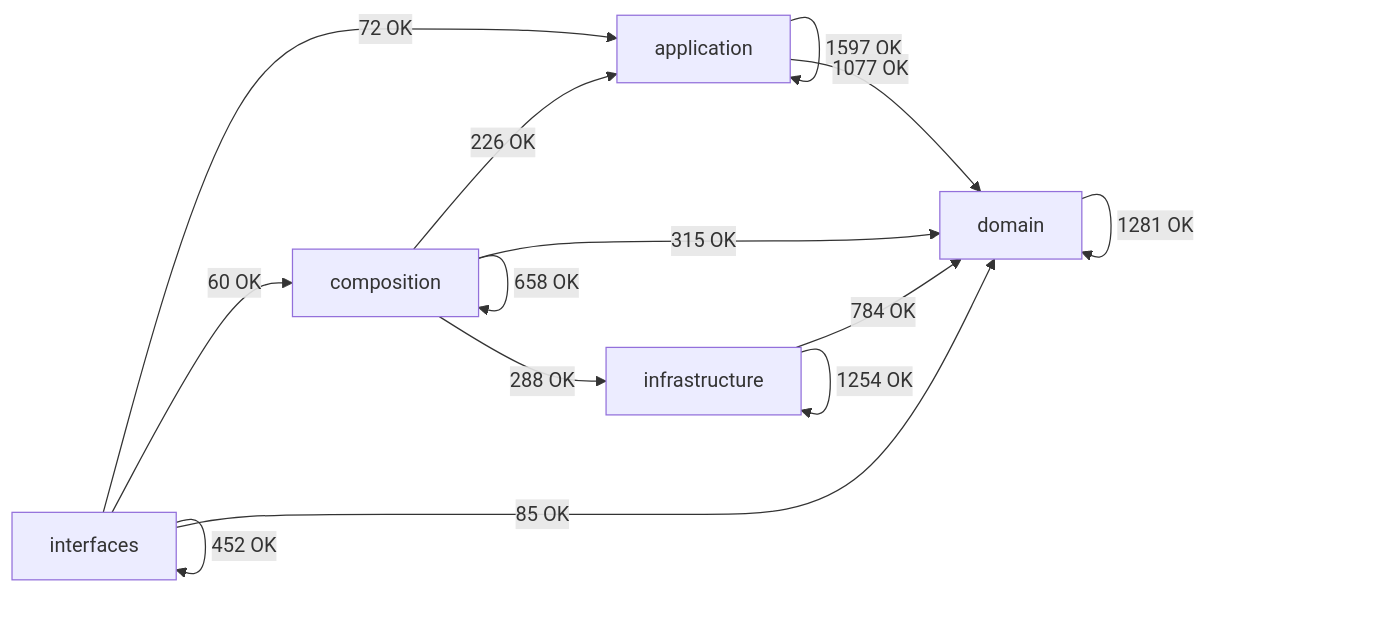
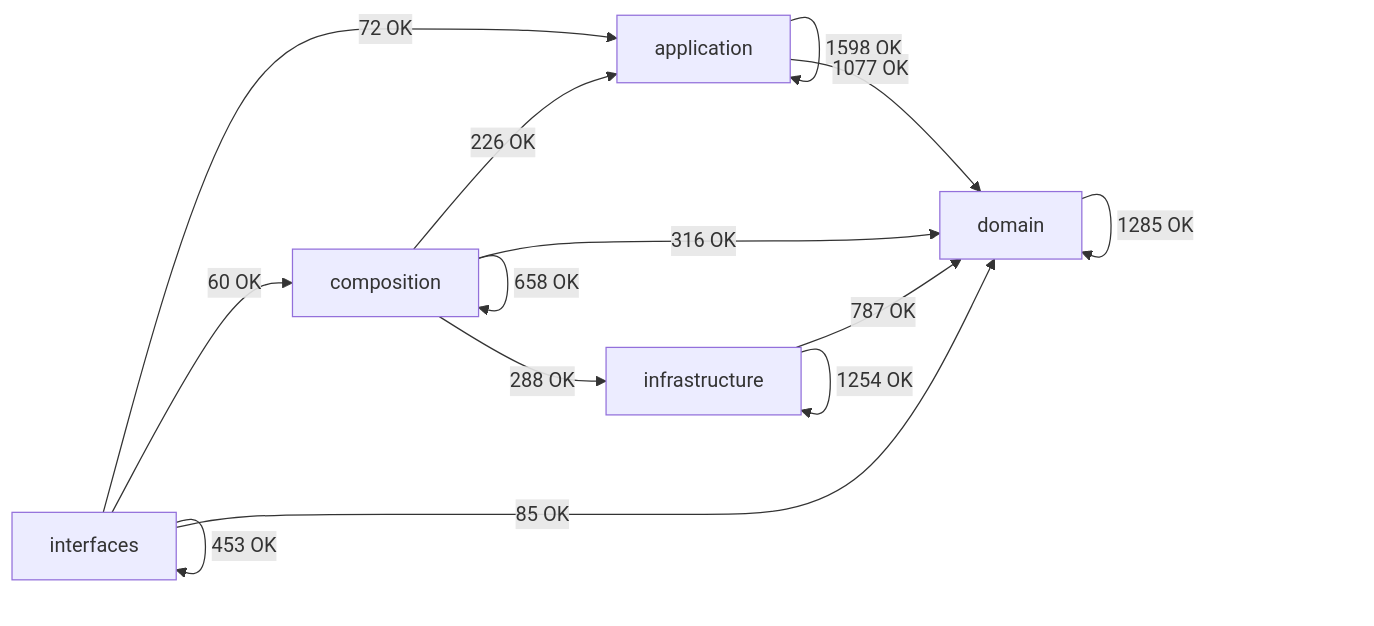
Before and after one commit to SatoryKono/BioactivityDataAcquisition: the diagram in docs/02-architecture/generated/module-dependency-map.md, drawn with Mermaid. The commit also changed other lines of this file and 10 other files, not shown here.

````diff
--- a/docs/02-architecture/generated/module-dependency-map.md
+++ b/docs/02-architecture/generated/module-dependency-map.md
@@ -17,21 +17,21 @@
 ```mermaid
 flowchart LR
     domain[domain]
     application[application]
     infrastructure[infrastructure]
     composition[composition]
     interfaces[interfaces]
-    application -->|1597 OK| application
+    application -->|1598 OK| application
     application -->|1077 OK| domain
     composition -->|226 OK| application
     composition -->|658 OK| composition
-    composition -->|315 OK| domain
+    composition -->|316 OK| domain
     composition -->|288 OK| infrastructure
-    domain -->|1281 OK| domain
-    infrastructure -->|784 OK| domain
+    domain -->|1285 OK| domain
+    infrastructure -->|787 OK| domain
     infrastructure -->|1254 OK| infrastructure
     interfaces -->|72 OK| application
     interfaces -->|60 OK| composition
     interfaces -->|85 OK| domain
-    interfaces -->|452 OK| interfaces
+    interfaces -->|453 OK| interfaces
 ```
````
